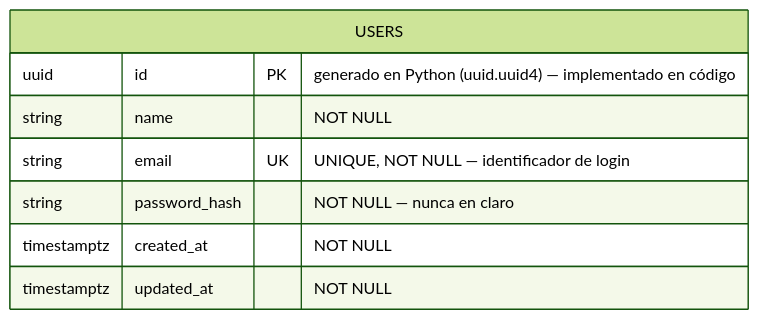
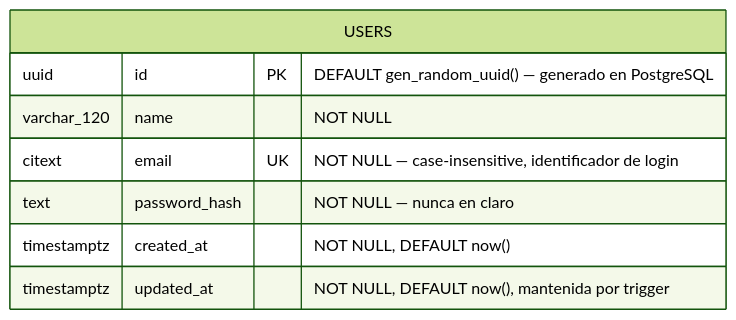
The diagram in docs/architecture/DATABASE_ERD.md (Fernandito41/THERS_REDSOCIAL), drawn with Mermaid (forest theme) before and after one commit. The commit also changed other lines of this file and 5 other files, not shown here.

````diff
--- a/docs/architecture/DATABASE_ERD.md
+++ b/docs/architecture/DATABASE_ERD.md
@@ -38,11 +38,11 @@
 ```mermaid
 erDiagram
     USERS {
-        uuid id PK "generado en Python (uuid.uuid4) — implementado en código"
-        string name "NOT NULL"
-        string email UK "UNIQUE, NOT NULL — identificador de login"
-        string password_hash "NOT NULL — nunca en claro"
-        timestamptz created_at "NOT NULL"
-        timestamptz updated_at "NOT NULL"
+        uuid id PK "DEFAULT gen_random_uuid() — generado en PostgreSQL"
+        varchar_120 name "NOT NULL"
+        citext email UK "NOT NULL — case-insensitive, identificador de login"
+        text password_hash "NOT NULL — nunca en claro"
+        timestamptz created_at "NOT NULL, DEFAULT now()"
+        timestamptz updated_at "NOT NULL, DEFAULT now(), mantenida por trigger"
     }
 ```
````
